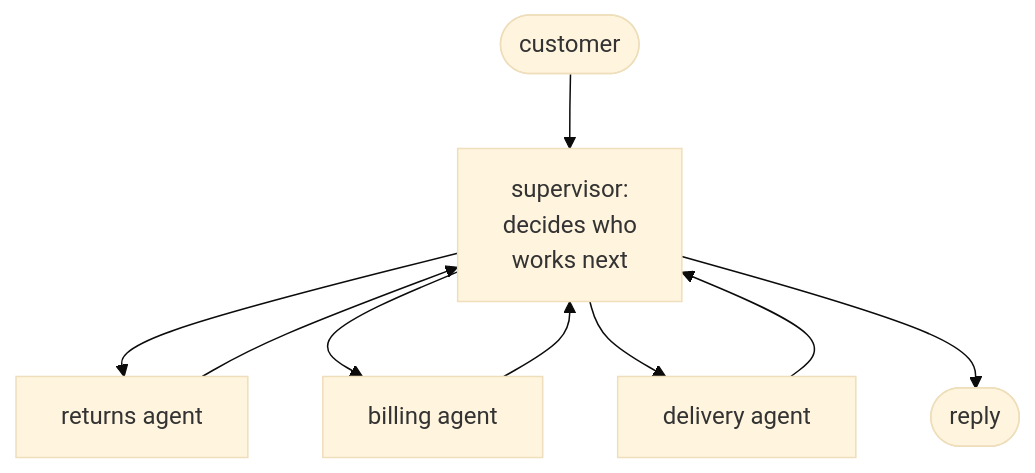
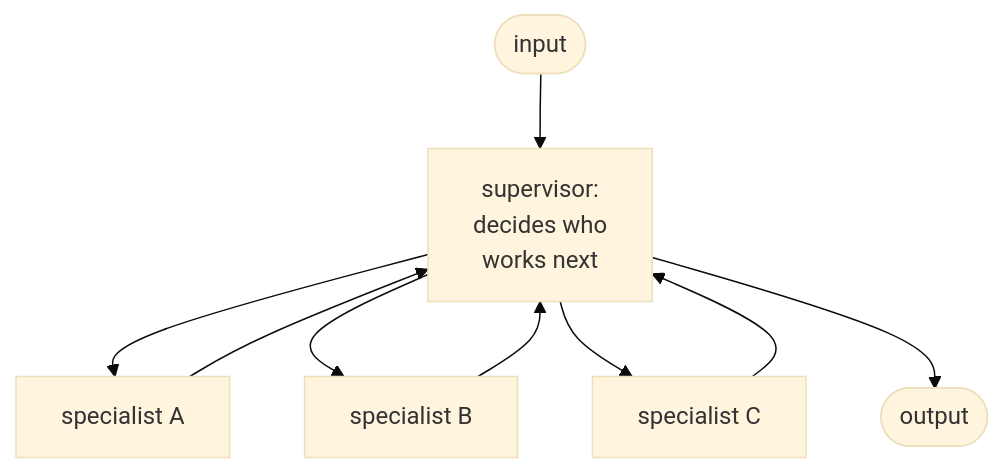
One commit to shubamchaudhary/CodeNITW changed the eighth of 9 diagrams in src/Data/aiStackDocs/CH-14.md. Above: the diagram before and after it, drawn with Mermaid (base theme). The commit also changed other lines of this file and 7 other files, not shown here.

````diff
--- a/src/Data/aiStackDocs/CH-14.md
+++ b/src/Data/aiStackDocs/CH-14.md
@@ -282,11 +306,11 @@
 ```mermaid
 flowchart TB
-    U(["customer"]) --> SUP["supervisor:<br/>decides who<br/>works next"]
-    SUP --> RA["returns agent"]
-    SUP --> BA["billing agent"]
-    SUP --> DA["delivery agent"]
+    U(["input"]) --> SUP["supervisor:<br/>decides who<br/>works next"]
+    SUP --> RA["specialist A"]
+    SUP --> BA["specialist B"]
+    SUP --> DA["specialist C"]
     RA --> SUP
     BA --> SUP
     DA --> SUP
-    SUP --> E(["reply"])
+    SUP --> E(["output"])
 ```
````
